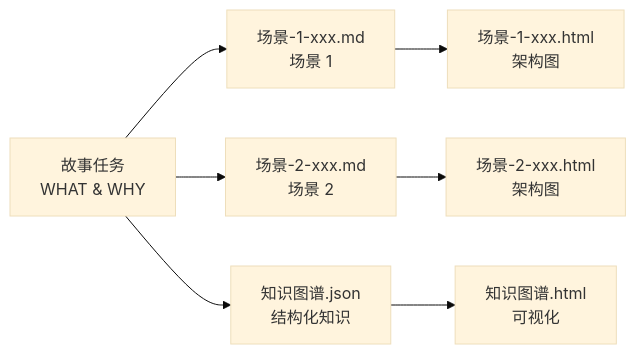
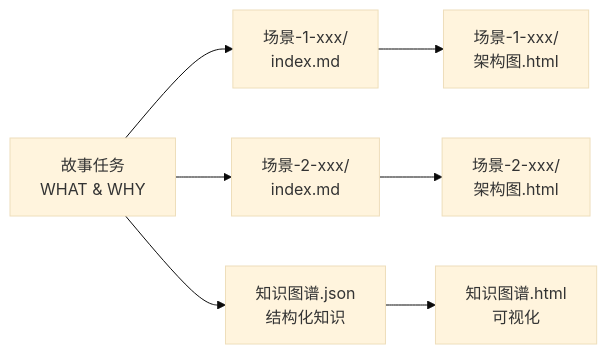
The second of 7 diagrams in skills/rui/formulas.md (effiy/YrY), drawn with Mermaid (base theme) before and after one commit. The commit also changed other lines of this file and 58 other files, not shown here.

````diff
--- a/skills/rui/formulas.md
+++ b/skills/rui/formulas.md
@@ -78,10 +78,10 @@
 ```mermaid
 flowchart LR
-    01["故事任务<br/>WHAT & WHY"] --> 02["场景-1-xxx.md<br/>场景 1"]:::scene
-    01 --> 03["场景-2-xxx.md<br/>场景 2"]:::scene
-    02 --> 04["场景-1-xxx.html<br/>架构图"]:::arch
-    03 --> 05["场景-2-xxx.html<br/>架构图"]:::arch
+    01["故事任务<br/>WHAT & WHY"] --> 02["场景-1-xxx/<br/>index.md"]:::scene
+    01 --> 03["场景-2-xxx/<br/>index.md"]:::scene
+    02 --> 04["场景-1-xxx/<br/>架构图.html"]:::arch
+    03 --> 05["场景-2-xxx/<br/>架构图.html"]:::arch
     01 --> 06["知识图谱.json<br/>结构化知识"]:::kg
     06 --> 07["知识图谱.html<br/>可视化"]:::kg
 
 ```
````
